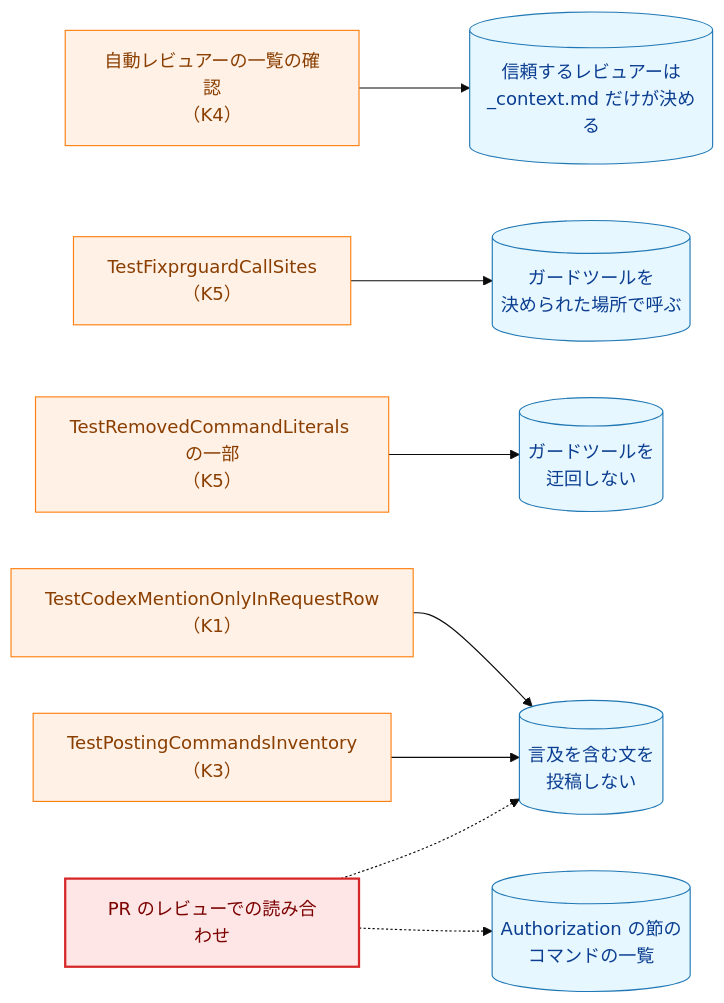
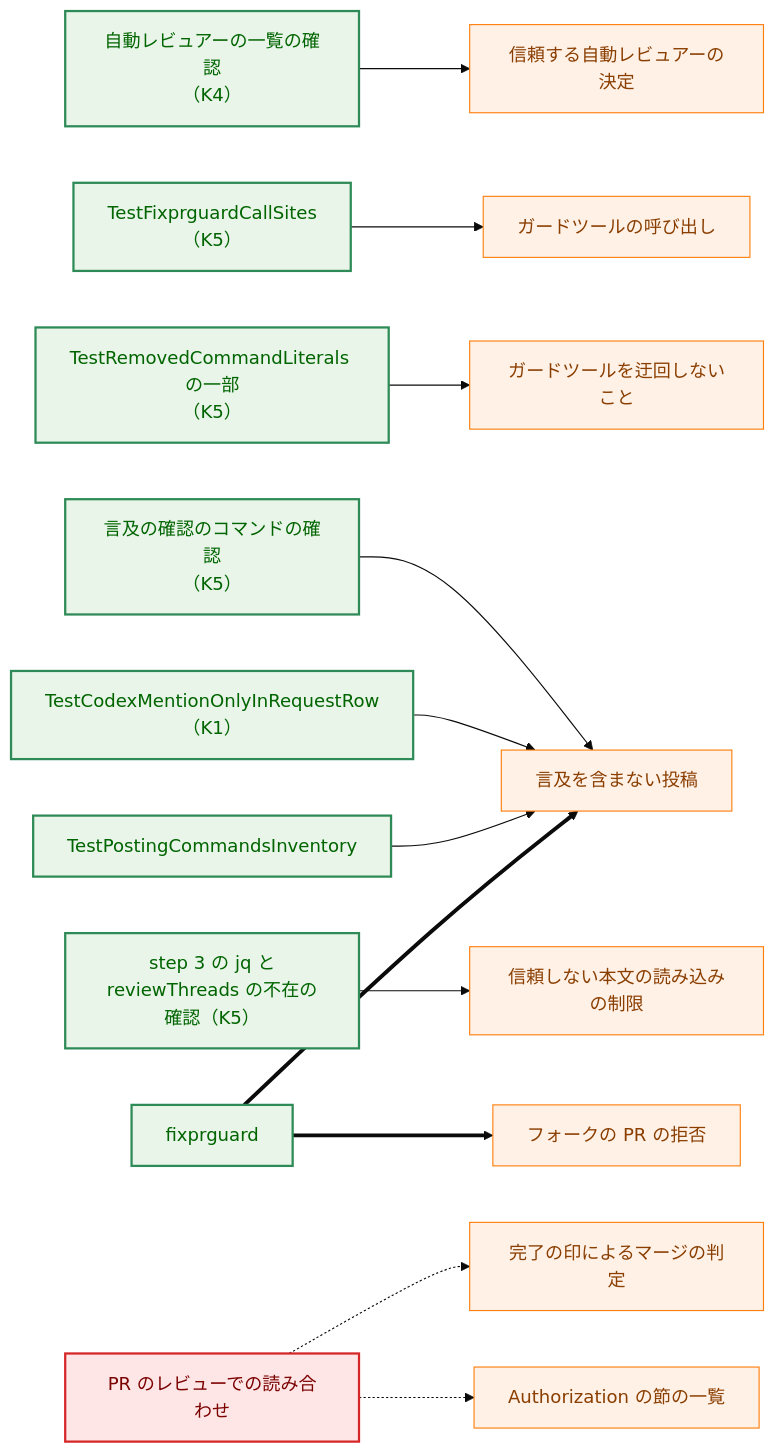
The seventh of 10 diagrams in docs/tasks/0038_doc_test_pruning/02_architecture.md (isseis/yt2column), drawn with Mermaid (base theme) before and after one commit. The commit also changed other lines of this file and 1 other file, not shown here.

First line of the commit message:
docs(0038): resolve the architecture review findings

````diff
--- a/docs/tasks/0038_doc_test_pruning/02_architecture.md
+++ b/docs/tasks/0038_doc_test_pruning/02_architecture.md
@@ -550,31 +599,43 @@
 ```mermaid
 flowchart LR
     classDef data fill:#e6f7ff,stroke:#1f77b4,stroke-width:1px,color:#0b3d91;
     classDef process fill:#fff1e6,stroke:#ff7f0e,stroke-width:1px,color:#8a3e00;
+    classDef enhanced fill:#e8f5e8,stroke:#2e8b57,stroke-width:2px,color:#006400;
     classDef problem fill:#ffe6e6,stroke:#d62728,stroke-width:2px,color:#7b0000;
 
-    P1[("信頼するレビュアーは<br>_context.md だけが決める")]
-    P2[("ガードツールを<br>決められた場所で呼ぶ")]
-    P3[("ガードツールを<br>迂回しない")]
-    P4[("言及を含む文を<br>投稿しない")]
-    P5[("Authorization の節の<br>コマンドの一覧")]
+    P1["信頼する自動レビュアーの決定"]
+    P2["ガードツールの呼び出し"]
+    P3["ガードツールを迂回しないこと"]
+    P4["言及を含まない投稿"]
+    P6["信頼しない本文の読み込みの制限"]
+    P7["完了の印によるマージの判定"]
+    P8["フォークの PR の拒否"]
+    P5["Authorization の節の一覧"]
 
     K4["自動レビュアーの一覧の確認<br>（K4）"]
     K5a["TestFixprguardCallSites<br>（K5）"]
     K5b["TestRemovedCommandLiterals の一部<br>（K5）"]
+    K5c["言及の確認のコマンドの確認<br>（K5）"]
     K1["TestCodexMentionOnlyInRequestRow<br>（K1）"]
-    K3["TestPostingCommandsInventory<br>（K3）"]
+    INV["TestPostingCommandsInventory"]
+    K5d["step 3 の jq と<br>reviewThreads の不在の確認（K5）"]
+    FG["fixprguard"]
     RV["PR のレビューでの読み合わせ"]
 
     K4 --> P1
     K5a --> P2
     K5b --> P3
+    K5c --> P4
     K1 --> P4
-    K3 --> P4
-    RV -.-> P4
+    INV --> P4
+    K5d --> P6
+    FG ==> P4
+    FG ==> P8
+    RV -.-> P7
     RV -.-> P5
 
-    class P1,P2,P3,P4,P5 data
-    class K4,K5a,K5b,K1,K3 process
+    class P1,P2,P3,P4,P5,P6,P7,P8 process
+    class K4,K5a,K5b,K5c,K1,INV,K5d enhanced
+    class FG enhanced
     class RV problem
 ```
````
